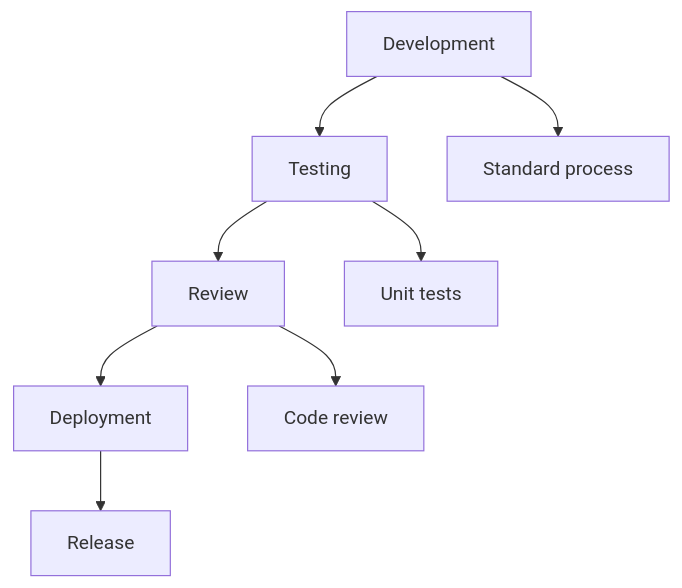
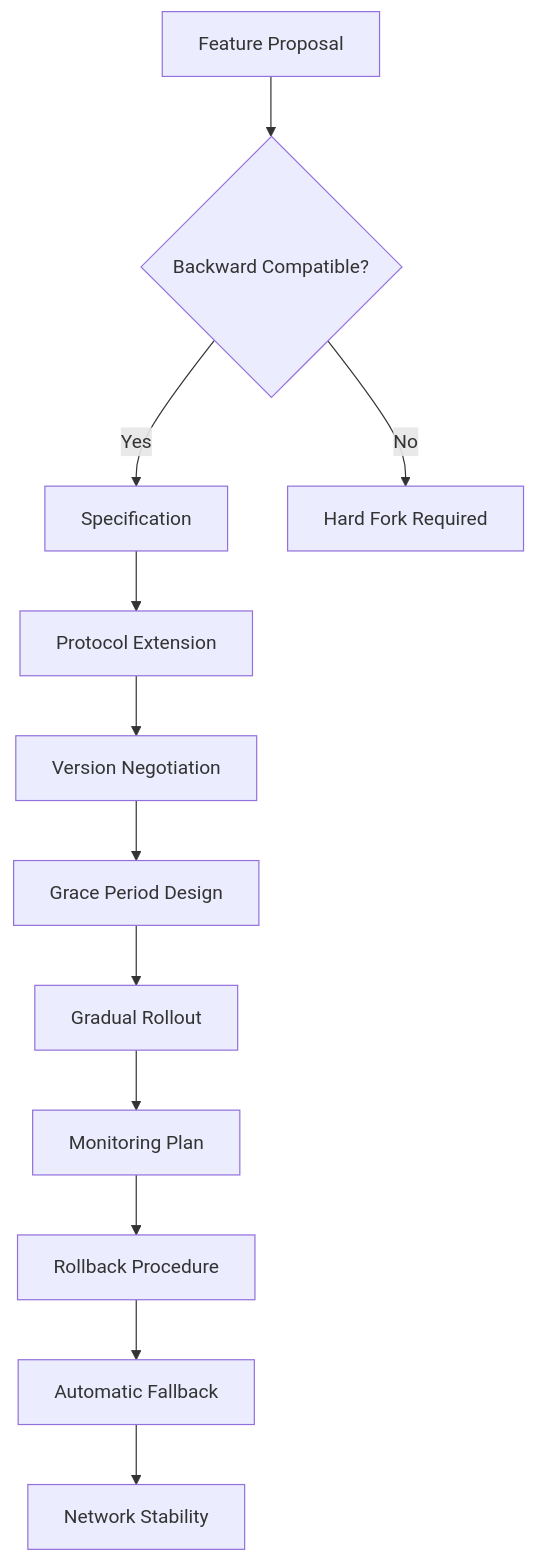
The sixth of 29 diagrams in FORK_CLASSIFICATION.md (usexfg/fuego-suite), drawn with Mermaid before and after one commit. The commit also changed other lines of this file and 64 other files, not shown here.

````diff
--- a/FORK_CLASSIFICATION.md
+++ b/FORK_CLASSIFICATION.md
@@ -291,11 +1200,17 @@
 ```mermaid
 flowchart TD
-    A[Development] --> B[Testing]
-    B --> C[Review]
-    C --> D[Deployment]
+    A[Feature Proposal] --> B{Backward Compatible?}
+    B -->|Yes| C[Specification]
+    B -->|No| D[Hard Fork Required]
     
-    A --> E[Standard process]
-    B --> F[Unit tests]
-    C --> G[Code review]
-    D --> H[Release]
+    C --> E[Protocol Extension]
+    E --> F[Version Negotiation]
+    F --> G[Grace Period Design]
+    
+    G --> H[Gradual Rollout]
+    H --> I[Monitoring Plan]
+    I --> J[Rollback Procedure]
+    
+    J --> K[Automatic Fallback]
+    K --> L[Network Stability]
 ```
````
